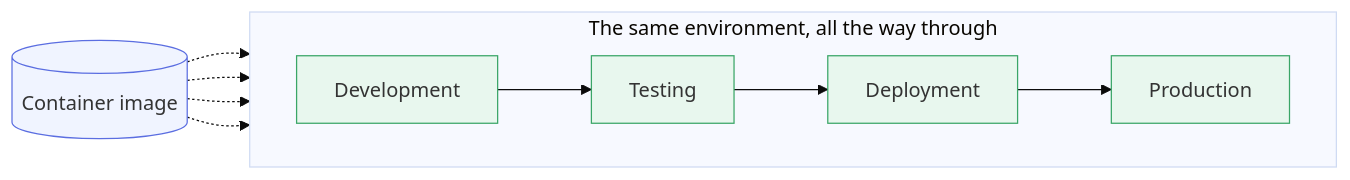
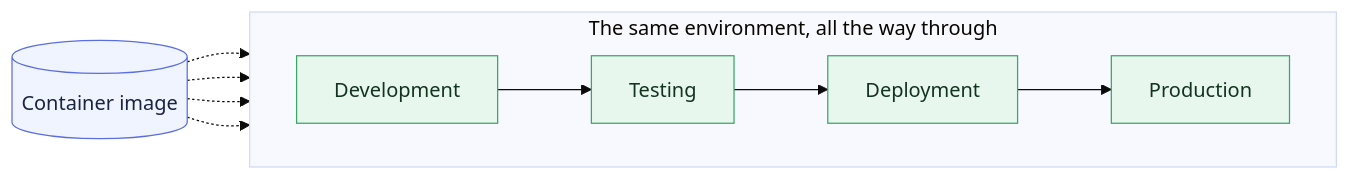
Before and after one commit to LinkedInLearning/docker-for-local-ai-app-development-build-lightweight-containerized-ai-applications-11189001: the second of 2 diagrams in chapter_1/l1/README.md, drawn with Mermaid (base theme). The commit also changed other lines of this file, not shown here.

Commit message:
testing font color

````diff
--- a/chapter_1/l1/README.md
+++ b/chapter_1/l1/README.md
@@ -110,16 +110,16 @@
 ```mermaid
 flowchart LR
     subgraph Lifecycle["The same environment, all the way through"]
         direction LR
         Dev[Development] --> Test[Testing]
         Test --> Deploy[Deployment]
         Deploy --> Prod[Production]
     end
     I[(Container image)] -.-> Dev & Test & Deploy & Prod
 
-    classDef image fill:#f0f4ff,stroke:#5b6ee1,stroke-width:1px;
-    classDef stage fill:#e8f7ee,stroke:#3aa667,stroke-width:1px;
+    classDef image fill:#f0f4ff,stroke:#5b6ee1,stroke-width:1px,color:#1a2440;
+    classDef stage fill:#e8f7ee,stroke:#3aa667,stroke-width:1px,color:#12341f;
 
     class I image
     class Dev,Test,Deploy,Prod stage
 ```
````
